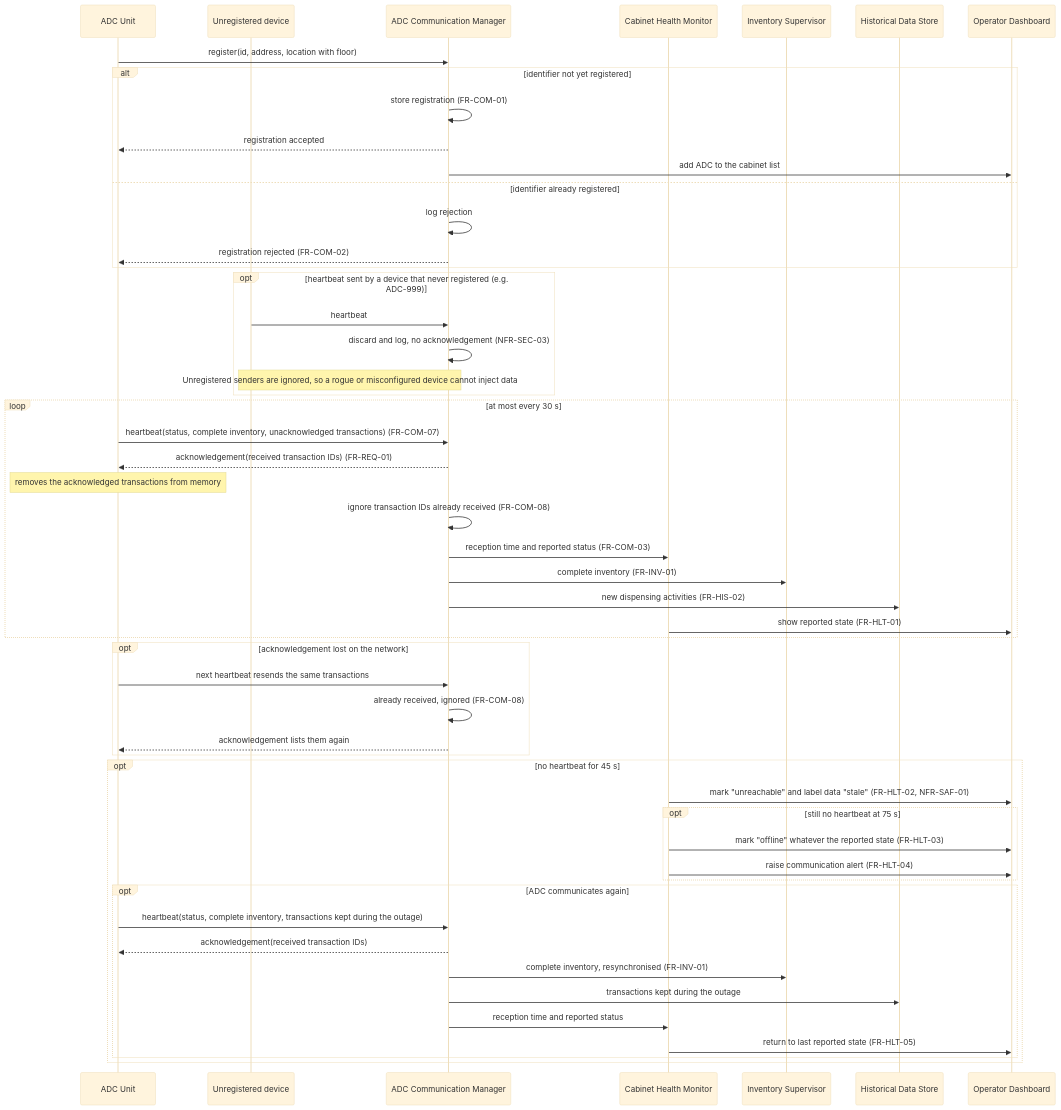
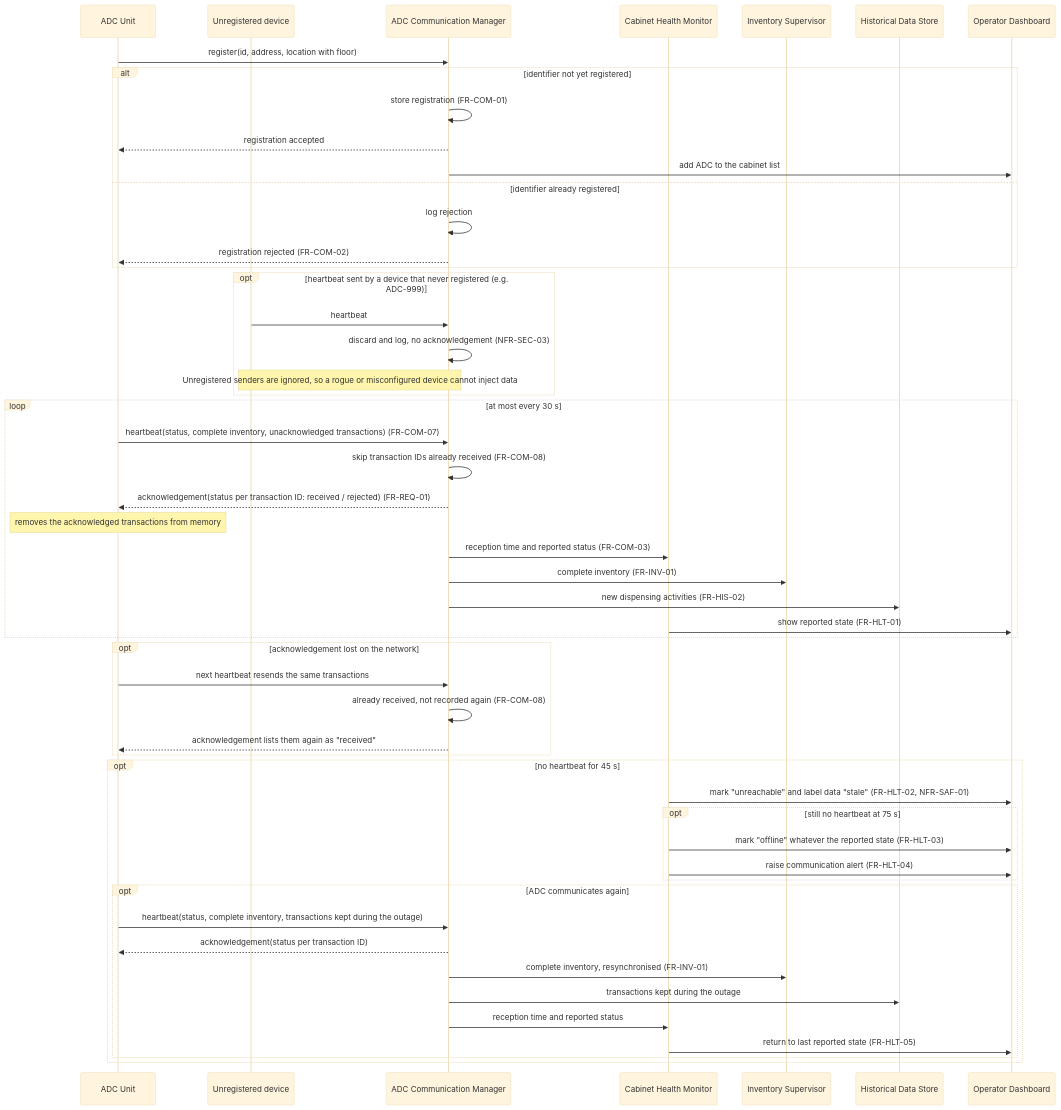
The first of 3 diagrams in docs/part-b/diagrams/sequence-diagram.md (LukaMrt/3K04-project), drawn with Mermaid (base theme) before and after one commit. The commit also changed other lines of this file and 4 other files, not shown here.

````diff
--- a/docs/part-b/diagrams/sequence-diagram.md
+++ b/docs/part-b/diagrams/sequence-diagram.md
@@ -5,59 +5,59 @@
 ```mermaid
 sequenceDiagram
     participant ADC as ADC Unit
     participant Unknown as Unregistered device
     participant CommMgr as ADC Communication Manager
     participant HealthMon as Cabinet Health Monitor
     participant InvSup as Inventory Supervisor
     participant HistStore as Historical Data Store
     participant Dashboard as Operator Dashboard
 
     ADC->>CommMgr: register(id, address, location with floor)
     alt identifier not yet registered
         CommMgr->>CommMgr: store registration (FR-COM-01)
         CommMgr-->>ADC: registration accepted
         CommMgr->>Dashboard: add ADC to the cabinet list
     else identifier already registered
         CommMgr->>CommMgr: log rejection
         CommMgr-->>ADC: registration rejected (FR-COM-02)
     end
 
     opt heartbeat sent by a device that never registered (e.g. ADC-999)
         Unknown->>CommMgr: heartbeat
         CommMgr->>CommMgr: discard and log, no acknowledgement (NFR-SEC-03)
         Note over Unknown,CommMgr: Unregistered senders are ignored, so a rogue or misconfigured device cannot inject data
     end
 
     loop at most every 30 s
         ADC->>CommMgr: heartbeat(status, complete inventory, unacknowledged transactions) (FR-COM-07)
-        CommMgr-->>ADC: acknowledgement(received transaction IDs) (FR-REQ-01)
+        CommMgr->>CommMgr: skip transaction IDs already received (FR-COM-08)
+        CommMgr-->>ADC: acknowledgement(status per transaction ID: received / rejected) (FR-REQ-01)
         Note over ADC: removes the acknowledged transactions from memory
-        CommMgr->>CommMgr: ignore transaction IDs already received (FR-COM-08)
         CommMgr->>HealthMon: reception time and reported status (FR-COM-03)
         CommMgr->>InvSup: complete inventory (FR-INV-01)
         CommMgr->>HistStore: new dispensing activities (FR-HIS-02)
         HealthMon->>Dashboard: show reported state (FR-HLT-01)
     end
 
     opt acknowledgement lost on the network
         ADC->>CommMgr: next heartbeat resends the same transactions
-        CommMgr->>CommMgr: already received, ignored (FR-COM-08)
-        CommMgr-->>ADC: acknowledgement lists them again
+        CommMgr->>CommMgr: already received, not recorded again (FR-COM-08)
+        CommMgr-->>ADC: acknowledgement lists them again as "received"
     end
 
     opt no heartbeat for 45 s
         HealthMon->>Dashboard: mark "unreachable" and label data "stale" (FR-HLT-02, NFR-SAF-01)
         opt still no heartbeat at 75 s
             HealthMon->>Dashboard: mark "offline" whatever the reported state (FR-HLT-03)
             HealthMon->>Dashboard: raise communication alert (FR-HLT-04)
         end
         opt ADC communicates again
             ADC->>CommMgr: heartbeat(status, complete inventory, transactions kept during the outage)
-            CommMgr-->>ADC: acknowledgement(received transaction IDs)
+            CommMgr-->>ADC: acknowledgement(status per transaction ID)
             CommMgr->>InvSup: complete inventory, resynchronised (FR-INV-01)
             CommMgr->>HistStore: transactions kept during the outage
             CommMgr->>HealthMon: reception time and reported status
             HealthMon->>Dashboard: return to last reported state (FR-HLT-05)
         end
     end
 ```
````
